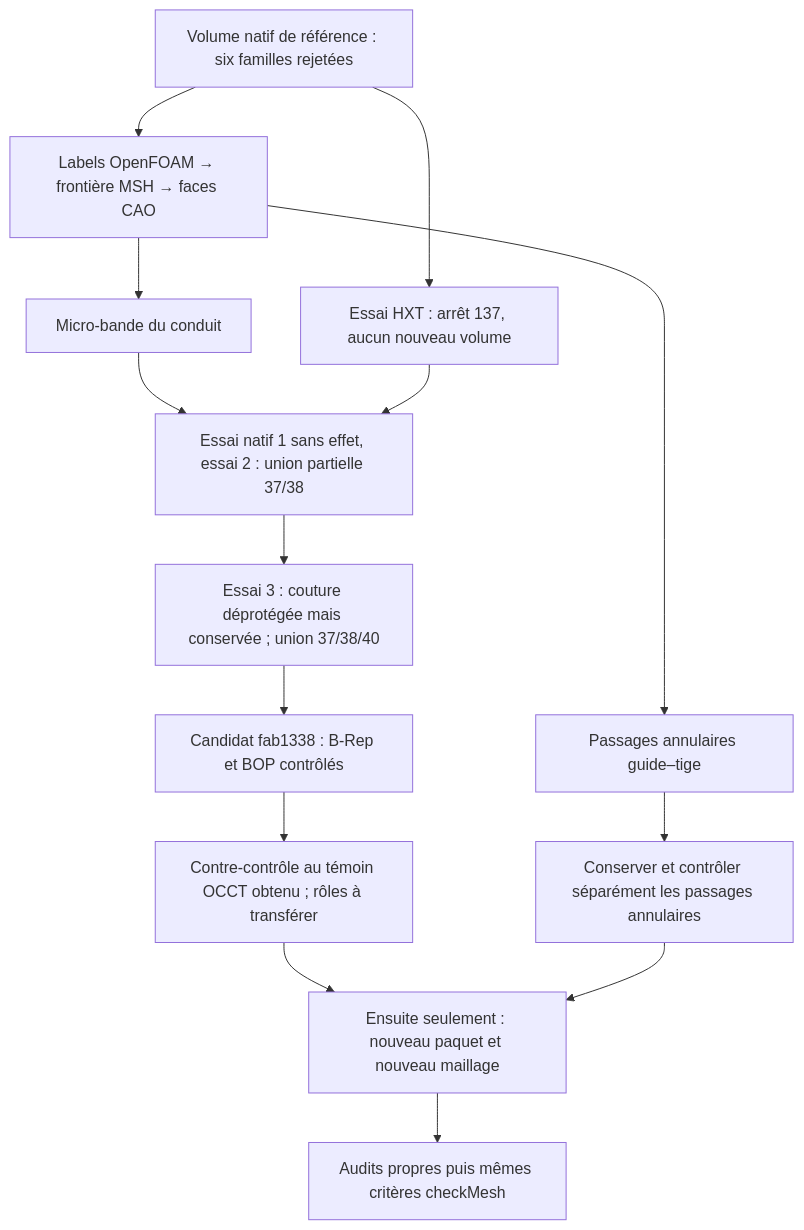
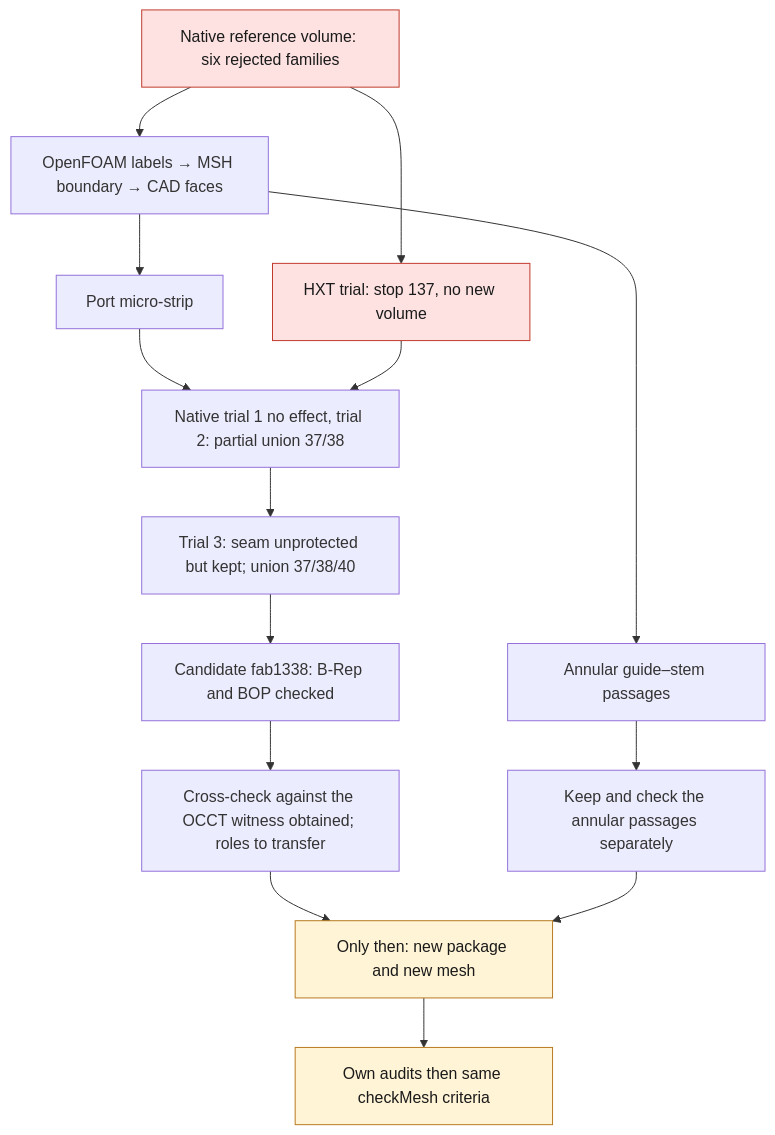
Before and after one commit to cluster2600/porscheparts: the diagram in docs/reports/M64_LOCALISATION_ET_HXT_20260908.md, drawn with Mermaid. The commit also changed other lines of this file and 228 other files, not shown here.

````diff
--- a/docs/reports/M64_LOCALISATION_ET_HXT_20260908.md
+++ b/docs/reports/M64_LOCALISATION_ET_HXT_20260908.md
@@ -130,16 +130,20 @@
 ```mermaid
 flowchart TD
-    A["Volume natif de référence : six familles rejetées"] --> B["Labels OpenFOAM → frontière MSH → faces CAO"]
-    B --> C["Micro-bande du conduit"]
-    B --> D["Passages annulaires guide–tige"]
-    A --> E["Essai HXT : arrêt 137, aucun nouveau volume"]
-    C --> F["Essai natif 1 sans effet, essai 2 : union partielle 37/38"]
+    A["Native reference volume: six rejected families"] --> B["OpenFOAM labels → MSH boundary → CAD faces"]
+    B --> C["Port micro-strip"]
+    B --> D["Annular guide–stem passages"]
+    A --> E["HXT trial: stop 137, no new volume"]
+    C --> F["Native trial 1 no effect, trial 2: partial union 37/38"]
     E --> F
-    F --> L["Essai 3 : couture déprotégée mais conservée ; union 37/38/40"]
-    L --> G["Candidat fab1338 : B-Rep et BOP contrôlés"]
-    G --> H["Contre-contrôle au témoin OCCT obtenu ; rôles à transférer"]
-    D --> I["Conserver et contrôler séparément les passages annulaires"]
-    H --> J["Ensuite seulement : nouveau paquet et nouveau maillage"]
+    F --> L["Trial 3: seam unprotected but kept; union 37/38/40"]
+    L --> G["Candidate fab1338: B-Rep and BOP checked"]
+    G --> H["Cross-check against the OCCT witness obtained; roles to transfer"]
+    D --> I["Keep and check the annular passages separately"]
+    H --> J["Only then: new package and new mesh"]
     I --> J
-    J --> K["Audits propres puis mêmes critères checkMesh"]
+    J --> K["Own audits then same checkMesh criteria"]
+    classDef stop fill:#fde2e1,stroke:#c0392b,color:#1a1a1a;
+    classDef open fill:#fff4d6,stroke:#b7791f,color:#1a1a1a;
+    class A,E stop
+    class J,K open
 ```
````
